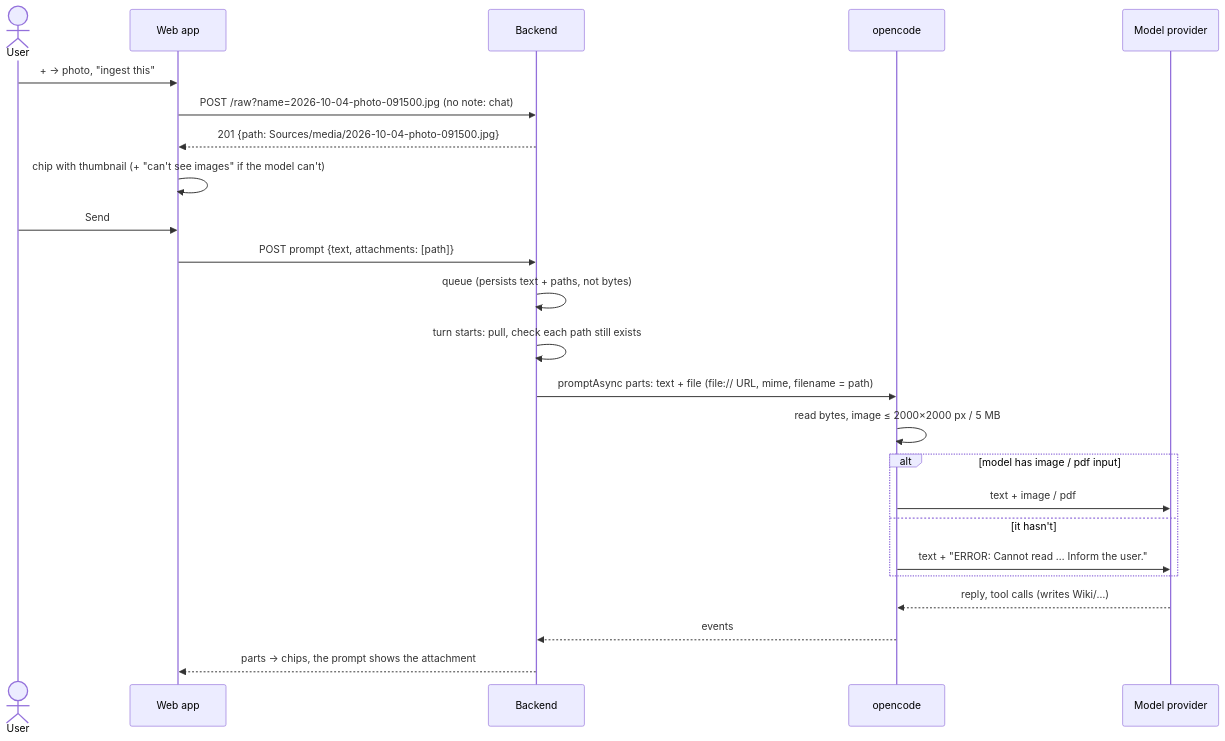
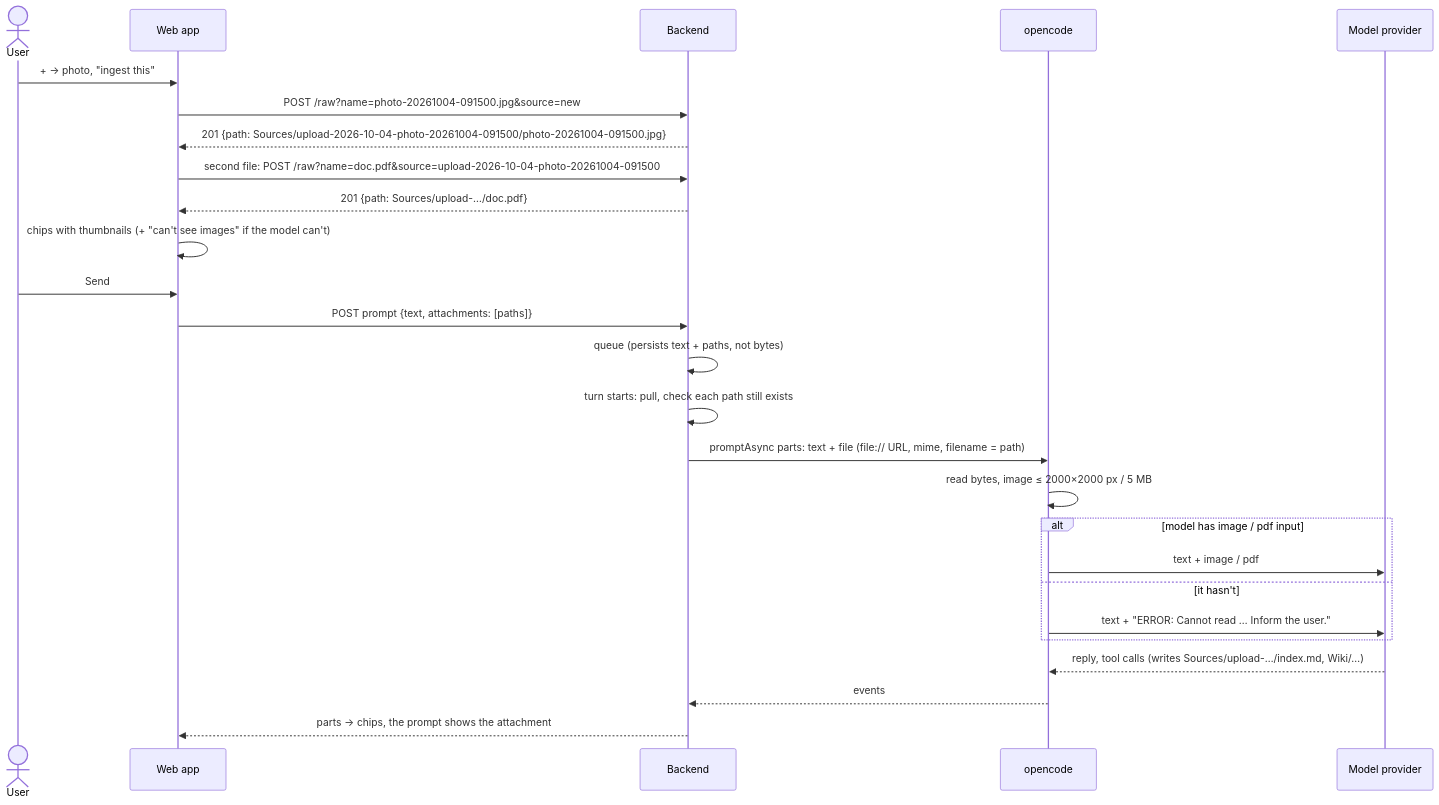
The fourth of 4 diagrams in specs/changes/attachments/domain.md (tillg/karpathy.app), drawn with Mermaid before and after one commit. The commit also changed other lines of this file and 3 other files, not shown here.

````diff
--- a/specs/changes/attachments/domain.md
+++ b/specs/changes/attachments/domain.md
@@ -90,26 +152,28 @@
 ```mermaid
 sequenceDiagram
     actor U as User
     participant W as Web app
     participant B as Backend
     participant O as opencode
     participant M as Model provider
     U->>W: + → photo, "ingest this"
-    W->>B: POST /raw?name=2026-10-04-photo-091500.jpg (no note: chat)
-    B-->>W: 201 {path: Sources/media/2026-10-04-photo-091500.jpg}
-    W->>W: chip with thumbnail (+ "can't see images" if the model can't)
+    W->>B: POST /raw?name=photo-20261004-091500.jpg&source=new
+    B-->>W: 201 {path: Sources/upload-2026-10-04-photo-20261004-091500/photo-20261004-091500.jpg}
+    W->>B: second file: POST /raw?name=doc.pdf&source=upload-2026-10-04-photo-20261004-091500
+    B-->>W: 201 {path: Sources/upload-…/doc.pdf}
+    W->>W: chips with thumbnails (+ "can't see images" if the model can't)
     U->>W: Send
-    W->>B: POST prompt {text, attachments: [path]}
+    W->>B: POST prompt {text, attachments: [paths]}
     B->>B: queue (persists text + paths, not bytes)
     B->>B: turn starts: pull, check each path still exists
     B->>O: promptAsync parts: text + file (file:// URL, mime, filename = path)
     O->>O: read bytes, image ≤ 2000×2000 px / 5 MB
     alt model has image / pdf input
       O->>M: text + image / pdf
     else it hasn't
       O->>M: text + "ERROR: Cannot read … Inform the user."
     end
-    M-->>O: reply, tool calls (writes Wiki/…)
+    M-->>O: reply, tool calls (writes Sources/upload-…/index.md, Wiki/…)
     O-->>B: events
     B-->>W: parts → chips, the prompt shows the attachment
 ```
````
